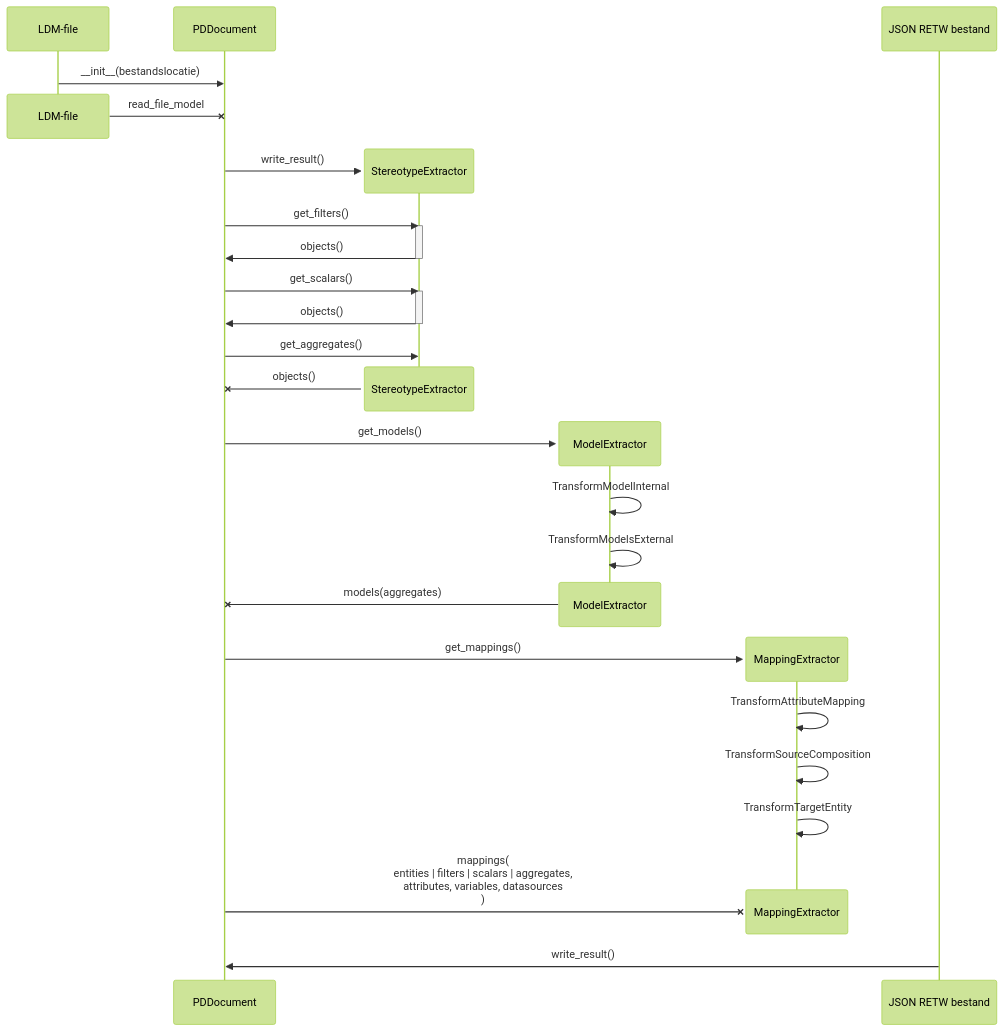
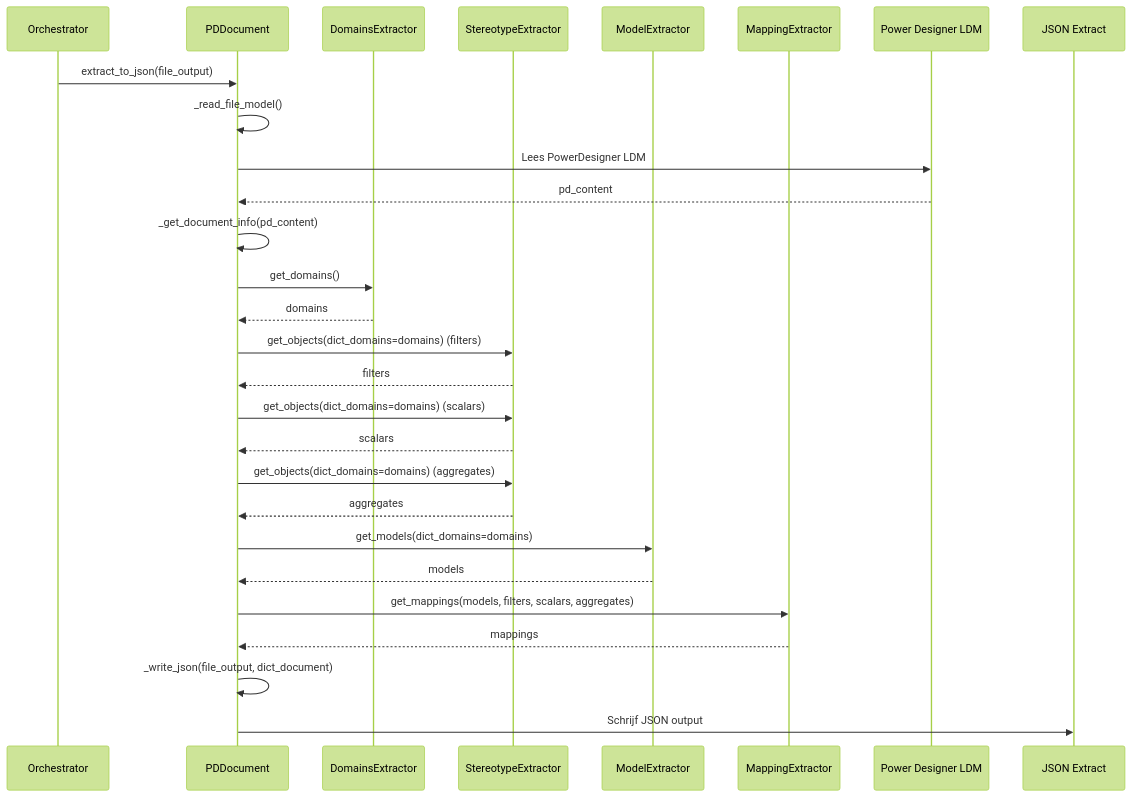
The first of 6 diagrams in etl_templates/docs/Extractor.md (mark-me/temp), drawn with Mermaid (forest theme) before and after one commit. The commit also changed other lines of this file and 10 other files, not shown here.

````diff
--- a/etl_templates/docs/Extractor.md
+++ b/etl_templates/docs/Extractor.md
@@ -51,40 +32,31 @@
 ```mermaid
 sequenceDiagram
-    LDM-file ->> PDDocument: __init__(bestandslocatie)
-    destroy LDM-file
-    LDM-file -x PDDocument: read_file_model
+    participant Orchestrator
+    participant PDDocument
+    participant DomainsExtractor
+    participant StereotypeExtractor
+    participant ModelExtractor
+    participant MappingExtractor
+    participant Power Designer LDM
+    participant JSON Extract
 
-    create participant StereotypeExtractor
-    PDDocument ->> StereotypeExtractor: write_result()
-    PDDocument ->> StereotypeExtractor: get_filters()
-    activate StereotypeExtractor
-    StereotypeExtractor ->> PDDocument: objects()
-    deactivate StereotypeExtractor
-
-    PDDocument ->> StereotypeExtractor: get_scalars()
-    activate StereotypeExtractor
-    StereotypeExtractor ->> PDDocument: objects()
-    deactivate StereotypeExtractor
-
-    PDDocument ->> StereotypeExtractor: get_aggregates()
-    activate StereotypeExtractor
-    destroy StereotypeExtractor
-    StereotypeExtractor -x PDDocument: objects()
-
-    create participant ModelExtractor
-    PDDocument ->> ModelExtractor: get_models()
-    ModelExtractor ->> ModelExtractor: TransformModelInternal
-    ModelExtractor ->> ModelExtractor: TransformModelsExternal
-    destroy ModelExtractor
-    ModelExtractor -x PDDocument: models(aggregates)
-
-    create participant MappingExtractor
-    PDDocument ->> MappingExtractor: get_mappings()
-    MappingExtractor ->> MappingExtractor: TransformAttributeMapping
-    MappingExtractor ->> MappingExtractor: TransformSourceComposition
-    MappingExtractor ->> MappingExtractor: TransformTargetEntity
-    destroy  MappingExtractor
-    PDDocument -x MappingExtractor: mappings(<br>entities | filters | scalars | aggregates,<br> attributes, variables, datasources<br>)
-
-    JSON RETW bestand ->> PDDocument: write_result()
+    Orchestrator->>PDDocument: extract_to_json(file_output)
+    PDDocument->>PDDocument: _read_file_model()
+    PDDocument->>Power Designer LDM: Lees PowerDesigner LDM
+    Power Designer LDM-->>PDDocument: pd_content
+    PDDocument->>PDDocument: _get_document_info(pd_content)
+    PDDocument->>DomainsExtractor: get_domains()
+    DomainsExtractor-->>PDDocument: domains
+    PDDocument->>StereotypeExtractor: get_objects(dict_domains=domains) (filters)
+    StereotypeExtractor-->>PDDocument: filters
+    PDDocument->>StereotypeExtractor: get_objects(dict_domains=domains) (scalars)
+    StereotypeExtractor-->>PDDocument: scalars
+    PDDocument->>StereotypeExtractor: get_objects(dict_domains=domains) (aggregates)
+    StereotypeExtractor-->>PDDocument: aggregates
+    PDDocument->>ModelExtractor: get_models(dict_domains=domains)
+    ModelExtractor-->>PDDocument: models
+    PDDocument->>MappingExtractor: get_mappings(models, filters, scalars, aggregates)
+    MappingExtractor-->>PDDocument: mappings
+    PDDocument->>PDDocument: _write_json(file_output, dict_document)
+    PDDocument->>JSON Extract: Schrijf JSON output
 ```
````
